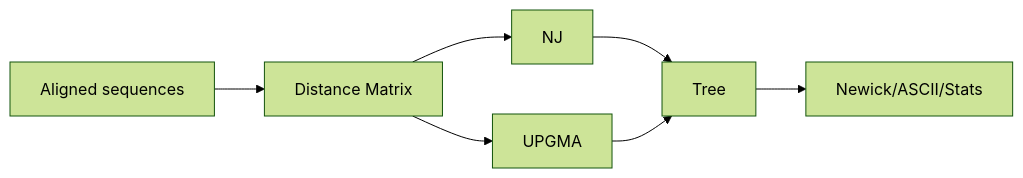
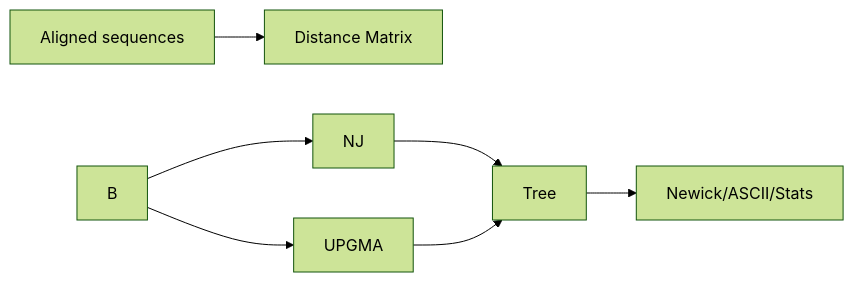
The diagram in docs/dna/phylogeny.md (docxology/MetaInformAnt), drawn with Mermaid (forest theme) before and after one commit. The commit also changed 611 other files, not shown here.

````diff
--- a/docs/dna/phylogeny.md
+++ b/docs/dna/phylogeny.md
@@ -5,9 +5,9 @@
 ```mermaid
 flowchart LR
-  A[Aligned sequences] --> B[Distance Matrix]
+  AalignedSequences[Aligned sequences] --> BdistanceMatrix[Distance Matrix]
   B --> C[NJ]
   B --> D[UPGMA]
   C --> E[Tree]
   D --> E
   E --> F[Newick/ASCII/Stats]
 ```
````
